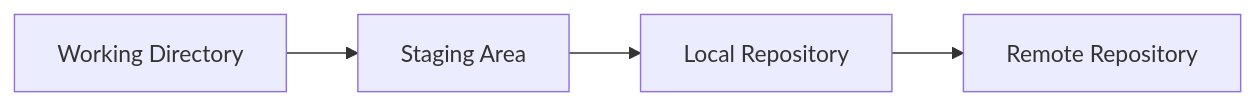
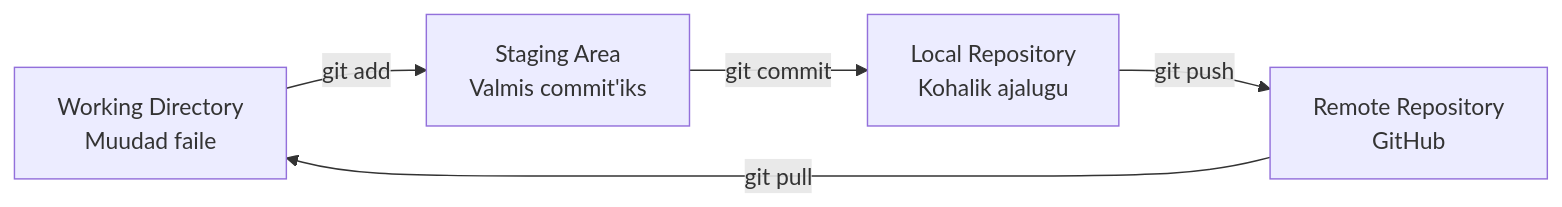
The fourth of 6 diagrams in docs/git/loeng.md (mtalvik/automatiseerimine_ext), drawn with Mermaid before and after one commit. The commit also changed other lines of this file, not shown here.

````diff
--- a/docs/git/loeng.md
+++ b/docs/git/loeng.md
@@ -37,6 +98,12 @@
 ```mermaid
 graph LR
-    A[Working Directory] --> B[Staging Area]
-    B --> C[Local Repository]
-    C --> D[Remote Repository]
+    WD[Working Directory<br/>Muudad faile]
+    SA[Staging Area<br/>Valmis commit'iks]
+    LR[Local Repository<br/>Kohalik ajalugu]
+    RR[Remote Repository<br/>GitHub]
+    
+    WD -->|git add| SA
+    SA -->|git commit| LR
+    LR -->|git push| RR
+    RR -->|git pull| WD
 ```
````
